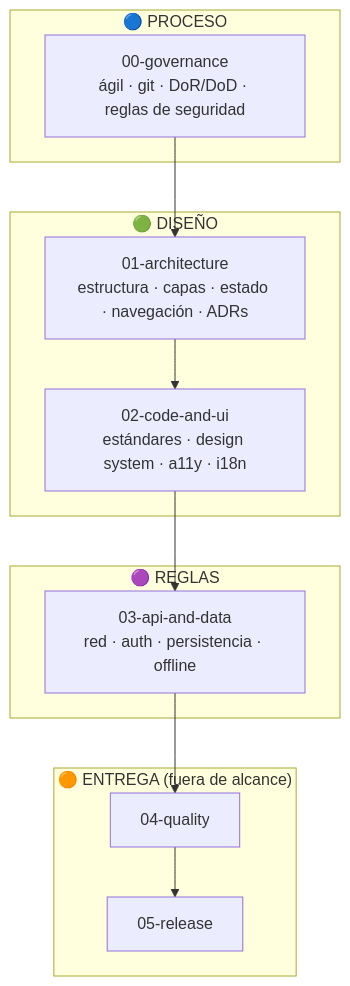
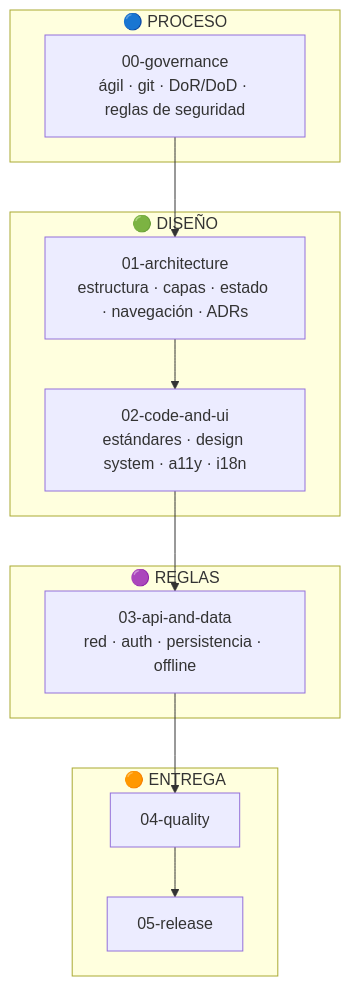
The diagram in README.md (code-corhuila/beauty-salon-docs), drawn with Mermaid before and after one commit. The commit also changed other lines of this file and 25 other files, not shown here.

````diff
--- a/README.md
+++ b/README.md
@@ -91,22 +93,22 @@
 ```mermaid
 graph TD
     subgraph PROCESO["🔵 PROCESO"]
         G0["00-governance\nágil · git · DoR/DoD · reglas de seguridad"]
     end
 
     subgraph DISENO["🟢 DISEÑO"]
         A1["01-architecture\nestructura · capas · estado · navegación · ADRs"]
         A2["02-code-and-ui\nestándares · design system · a11y · i18n"]
     end
 
     subgraph REGLAS["🟣 REGLAS"]
         A3["03-api-and-data\nred · auth · persistencia · offline"]
     end
 
-    subgraph ENTREGA["🟠 ENTREGA (fuera de alcance)"]
+    subgraph ENTREGA["🟠 ENTREGA"]
         A4["04-quality"]
         A5["05-release"]
     end
 
     G0 --> A1 --> A2 --> A3 --> A4 --> A5
 ```
````
